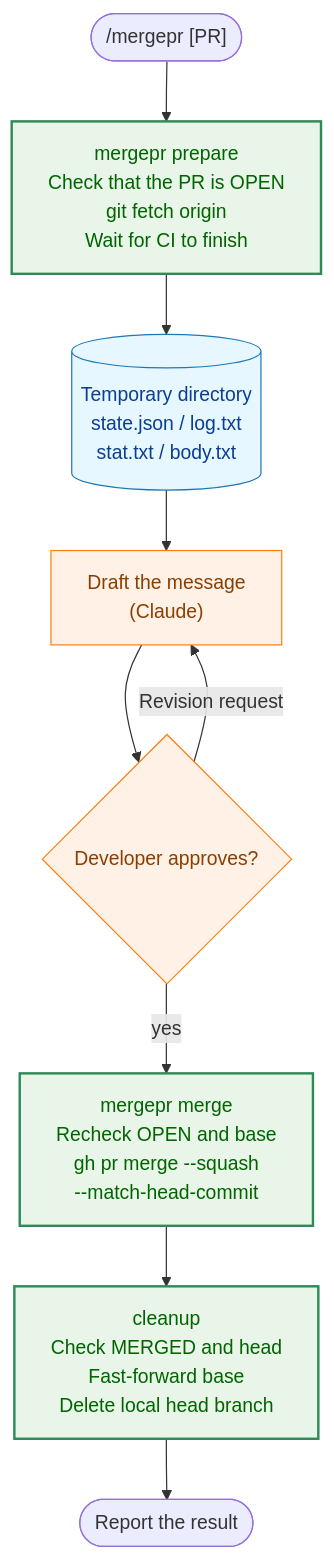
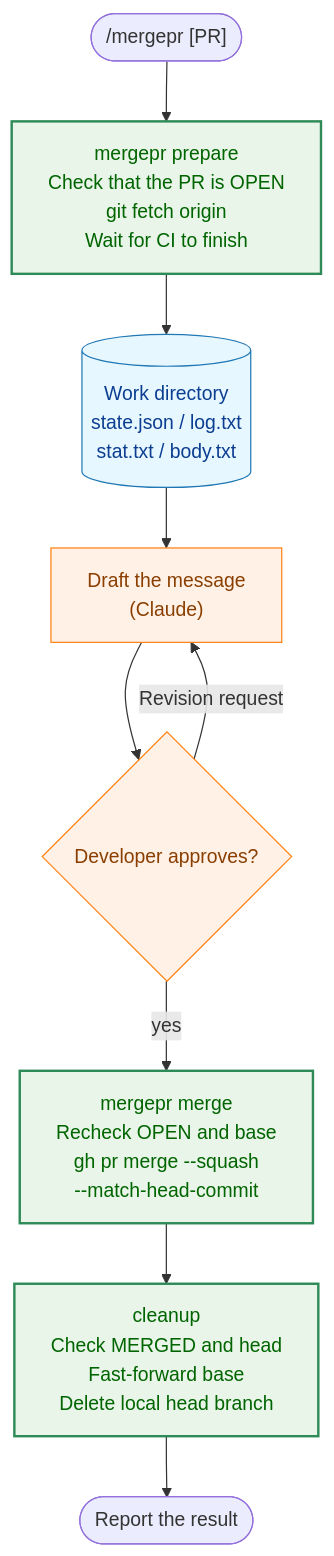
Before and after one commit to isseis/yt2column: the diagram in docs/dev/developer_guide/mergepr_guide.md, drawn with Mermaid. The commit also changed other lines of this file and 8 other files, not shown here.

````diff
--- a/docs/dev/developer_guide/mergepr_guide.md
+++ b/docs/dev/developer_guide/mergepr_guide.md
@@ -52,19 +52,19 @@
 ```mermaid
 flowchart TD
     classDef data fill:#e6f7ff,stroke:#1f77b4,stroke-width:1px,color:#0b3d91;
     classDef process fill:#fff1e6,stroke:#ff7f0e,stroke-width:1px,color:#8a3e00;
     classDef enhanced fill:#e8f5e8,stroke:#2e8b57,stroke-width:2px,color:#006400;
 
     Start(["/mergepr [PR]"]) --> Prepare["mergepr prepare<br>Check that the PR is OPEN<br>git fetch origin<br>Wait for CI to finish"]
-    Prepare --> Files[("Temporary directory<br>state.json / log.txt<br>stat.txt / body.txt")]
+    Prepare --> Files[("Work directory<br>state.json / log.txt<br>stat.txt / body.txt")]
     Files --> Draft["Draft the message<br>(Claude)"]
     Draft --> Approve{"Developer approves?"}
     Approve -->|"Revision request"| Draft
     Approve -->|"yes"| Merge["mergepr merge<br>Recheck OPEN and base<br>gh pr merge --squash<br>--match-head-commit"]
     Merge --> Cleanup["cleanup<br>Check MERGED and head<br>Fast-forward base<br>Delete local head branch"]
     Cleanup --> End(["Report the result"])
 
     class Files data
     class Draft,Approve process
     class Prepare,Merge,Cleanup enhanced
 ```
````
